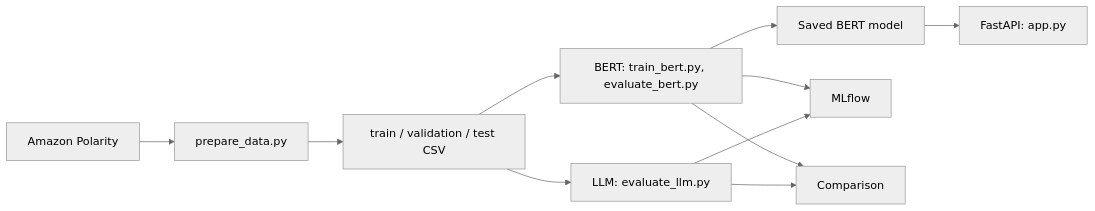
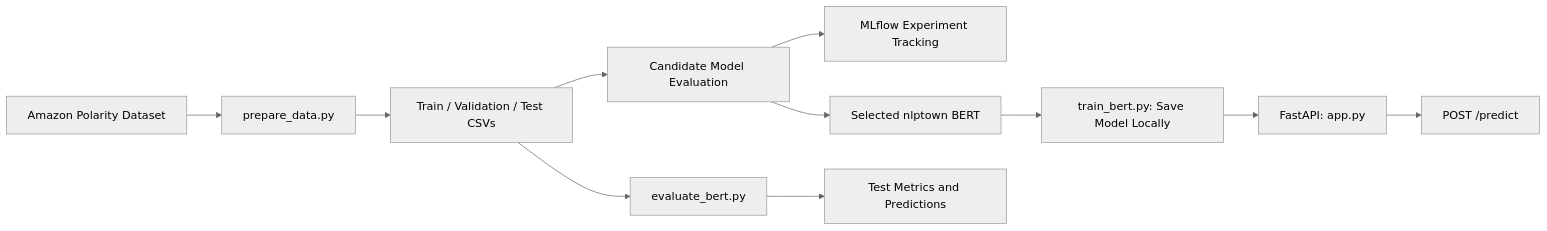
One commit to Kashish598/ReviewPulse changed the diagram in README.md. Above: the diagram before and after it, drawn with Mermaid (neutral theme). The commit also changed other lines of this file and 8 other files, not shown here.

Commit message:
Complete Milestone 1 BERT evaluation and API

````diff
--- a/README.md
+++ b/README.md
@@ -9,13 +9,13 @@
 ```mermaid
 flowchart LR
-    A[Amazon Polarity] --> B[prepare_data.py]
-    B --> C[train / validation / test CSV]
-    C --> D[BERT: train_bert.py, evaluate_bert.py]
-    C --> E[LLM: evaluate_llm.py]
-    D --> F[Saved BERT model]
-    F --> G[FastAPI: app.py]
-    D --> H[MLflow]
-    E --> H
-    D --> I[Comparison]
-    E --> I
+    A[Amazon Polarity Dataset] --> B[prepare_data.py]
+    B --> C[Train / Validation / Test CSVs]
+    C --> D[Candidate Model Evaluation]
+    D --> E[MLflow Experiment Tracking]
+    D --> F[Selected nlptown BERT]
+    F --> G[train_bert.py: Save Model Locally]
+    G --> H[FastAPI: app.py]
+    C --> I[evaluate_bert.py]
+    H --> J[POST /predict]
+    I --> K[Test Metrics and Predictions]
 ```
````
